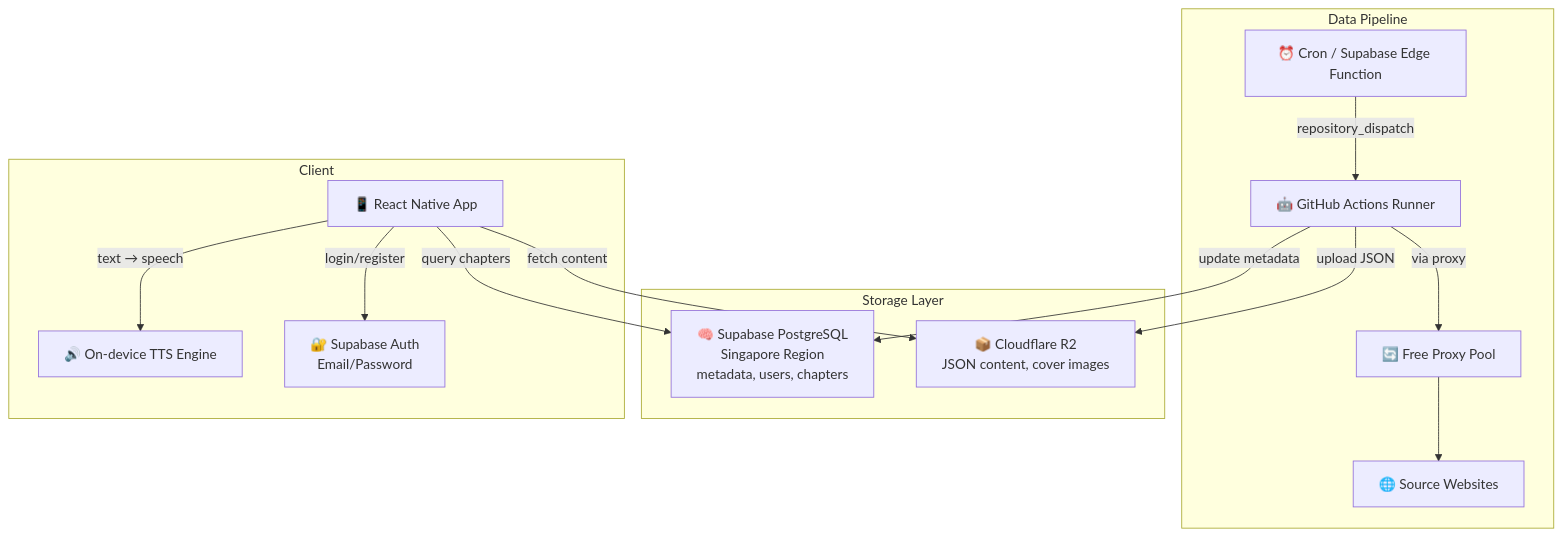
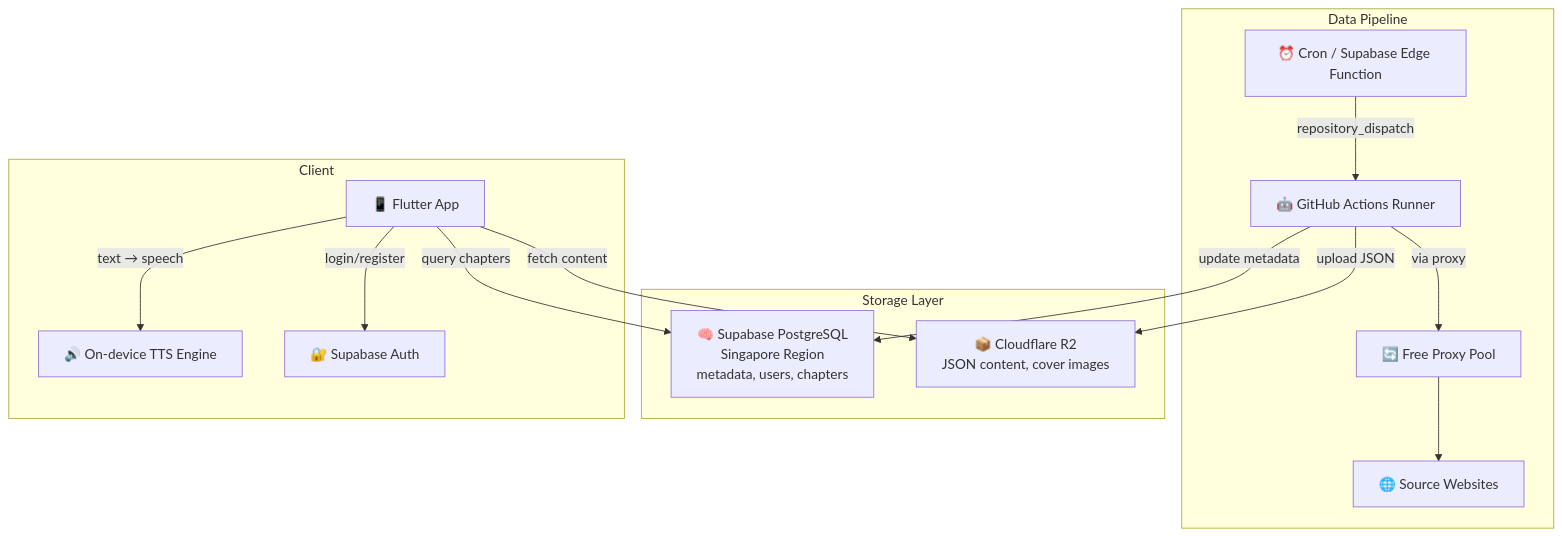
The first of 2 diagrams in CONTEXT.md (BinhTHB/reader-hub), drawn with Mermaid before and after one commit. The commit also changed other lines of this file, not shown here.

````diff
--- a/CONTEXT.md
+++ b/CONTEXT.md
@@ -17,29 +17,29 @@
 ```mermaid
 graph TB
     subgraph "Data Pipeline"
         CRON["⏰ Cron / Supabase Edge Function"]
         GA["🤖 GitHub Actions Runner"]
         PROXY["🔄 Free Proxy Pool"]
         WEB["🌐 Source Websites"]
     end
 
     subgraph "Storage Layer"
         SUPA["🧠 Supabase PostgreSQL<br/>Singapore Region<br/>metadata, users, chapters"]
         R2["📦 Cloudflare R2<br/>JSON content, cover images"]
     end
 
     subgraph "Client"
-        APP["📱 React Native App"]
+        APP["📱 Flutter App"]
         TTS["🔊 On-device TTS Engine"]
-        AUTH["🔐 Supabase Auth<br/>Email/Password"]
+        AUTH["🔐 Supabase Auth"]
     end
 
     CRON -->|repository_dispatch| GA
     GA -->|via proxy| PROXY --> WEB
     GA -->|upload JSON| R2
     GA -->|update metadata| SUPA
     APP -->|query chapters| SUPA
     APP -->|fetch content| R2
     APP -->|text → speech| TTS
     APP -->|login/register| AUTH
 ```
````
